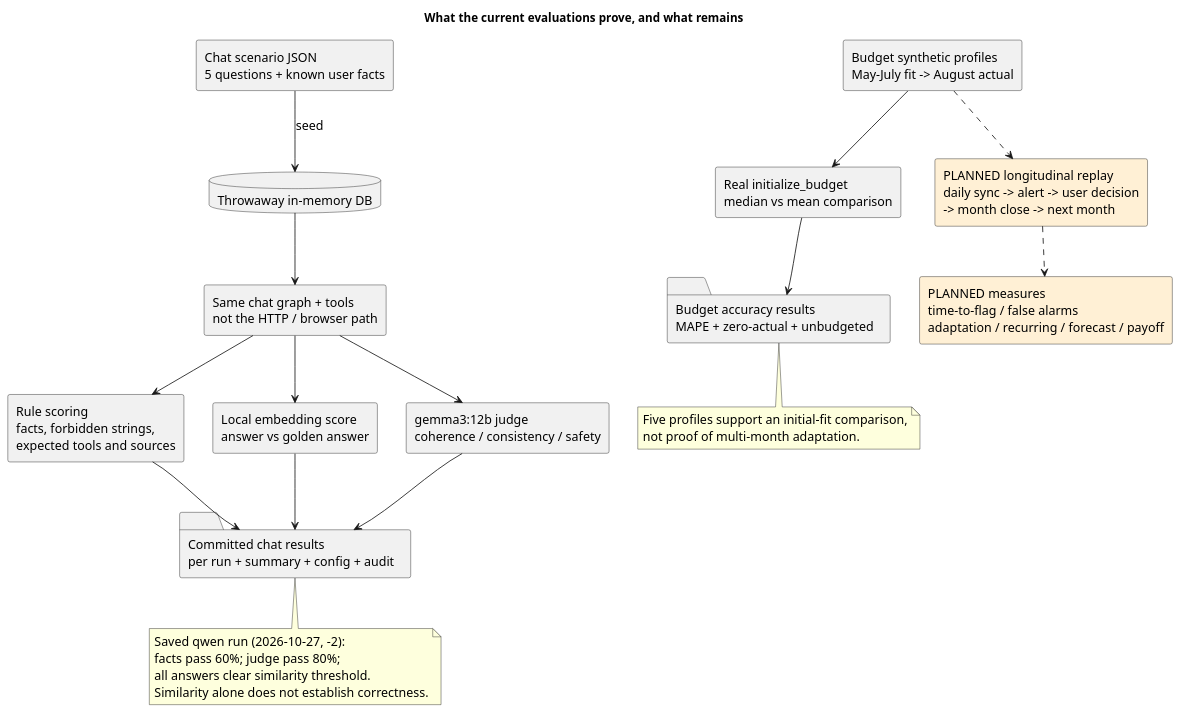
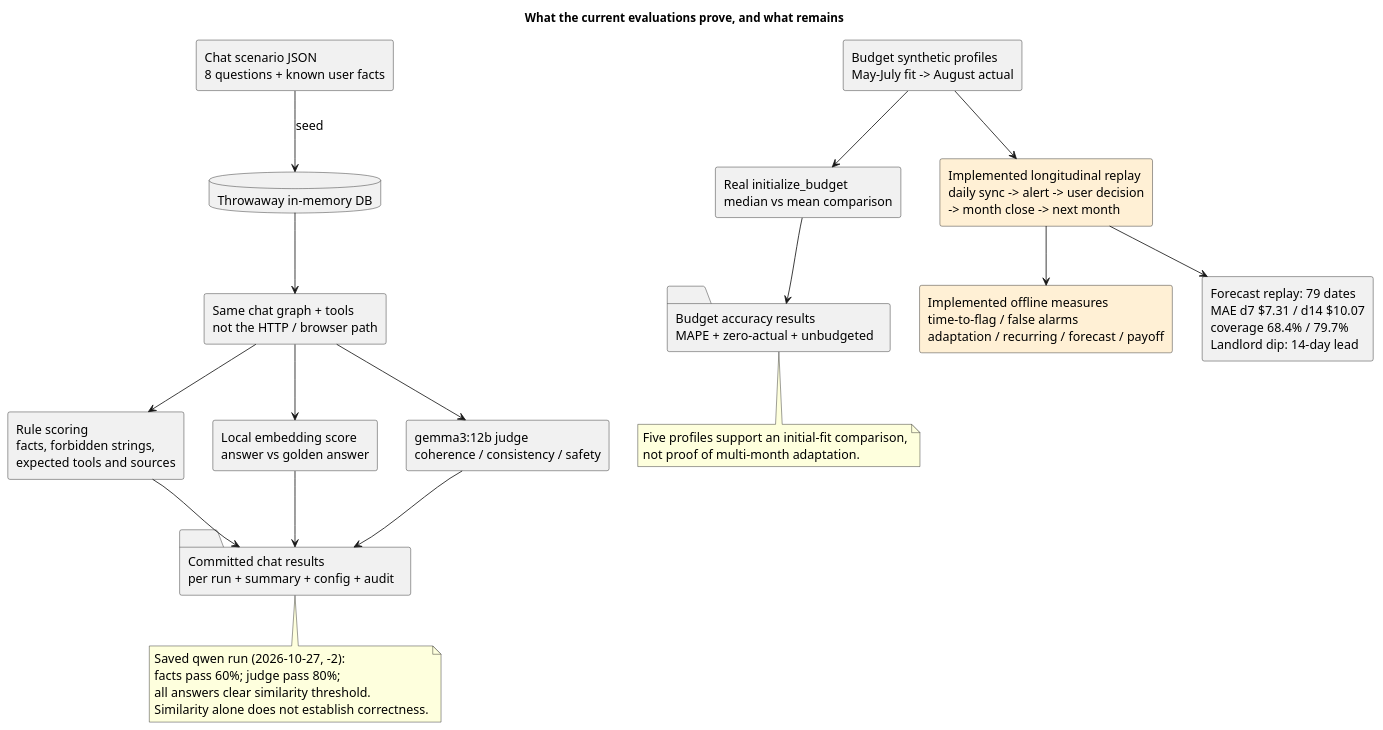
One commit to Del0m/Agentic-Financial-Dashboard changed the diagram in docs/diagrams/evaluation-flow.puml. Above: the diagram before and after it, drawn with PlantUML. The commit also changed 26 other files, not shown here.

```diff
--- a/docs/diagrams/evaluation-flow.puml
+++ b/docs/diagrams/evaluation-flow.puml
@@ -1,42 +1,44 @@
 @startuml
 title What the current evaluations prove, and what remains
 top to bottom direction
 skinparam shadowing false
 skinparam componentStyle rectangle
 skinparam defaultFontName SansSerif
 skinparam defaultFontSize 15
-component "Chat scenario JSON\n5 questions + known user facts" as scenarios
+component "Chat scenario JSON\n8 questions + known user facts" as scenarios
 database "Throwaway in-memory DB" as db
 component "Same chat graph + tools\nnot the HTTP / browser path" as graph
 component "Rule scoring\nfacts, forbidden strings,\nexpected tools and sources" as facts
 component "Local embedding score\nanswer vs golden answer" as similarity
 component "gemma3:12b judge\ncoherence / consistency / safety" as judge
 folder "Committed chat results\nper run + summary + config + audit" as results
 component "Budget synthetic profiles\nMay-July fit -> August actual" as profiles
 component "Real initialize_budget\nmedian vs mean comparison" as fit
 folder "Budget accuracy results\nMAPE + zero-actual + unbudgeted" as accuracy
-component "PLANNED longitudinal replay\ndaily sync -> alert -> user decision\n-> month close -> next month" as replay #FFF0D5
-component "PLANNED measures\ntime-to-flag / false alarms\nadaptation / recurring / forecast / payoff" as measures #FFF0D5
+component "Implemented longitudinal replay\ndaily sync -> alert -> user decision\n-> month close -> next month" as replay #FFF0D5
+component "Implemented offline measures\ntime-to-flag / false alarms\nadaptation / recurring / forecast / payoff" as measures #FFF0D5
 scenarios --> db : seed
 db --> graph
 graph --> facts
 graph --> similarity
 graph --> judge
 facts --> results
 similarity --> results
 judge --> results
 profiles --> fit
 fit --> accuracy
-profiles ..> replay
-replay ..> measures
+profiles --> replay
+replay --> measures
 note bottom of results
 Saved qwen run (2026-10-27, -2):
 facts pass 60%; judge pass 80%;
 all answers clear similarity threshold.
 Similarity alone does not establish correctness.
 end note
+component "Forecast replay: 79 dates\nMAE d7 $7.31 / d14 $10.07\ncoverage 68.4% / 79.7%\nLandlord dip: 14-day lead" as forecast
+replay --> forecast
 note bottom of accuracy
 Five profiles support an initial-fit comparison,
 not proof of multi-month adaptation.
 end note
 @enduml
```
